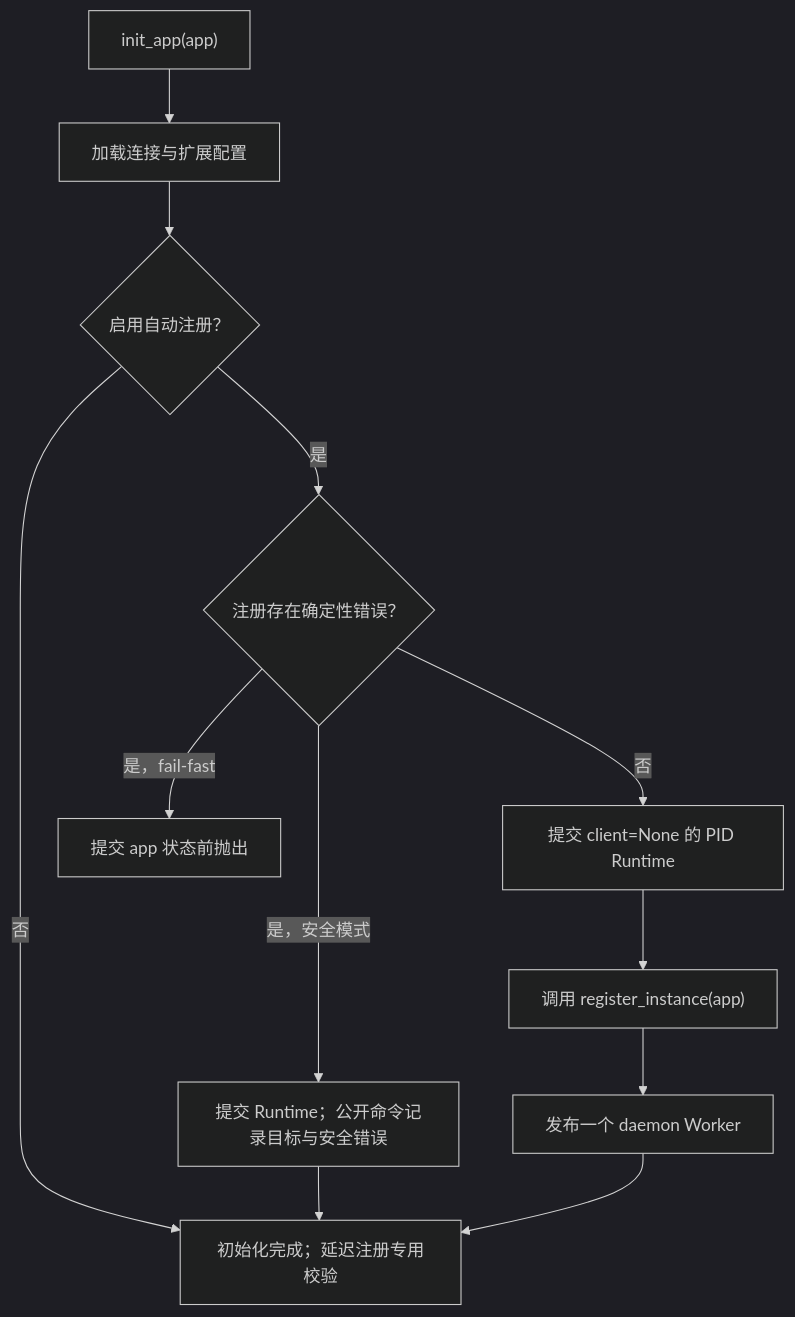
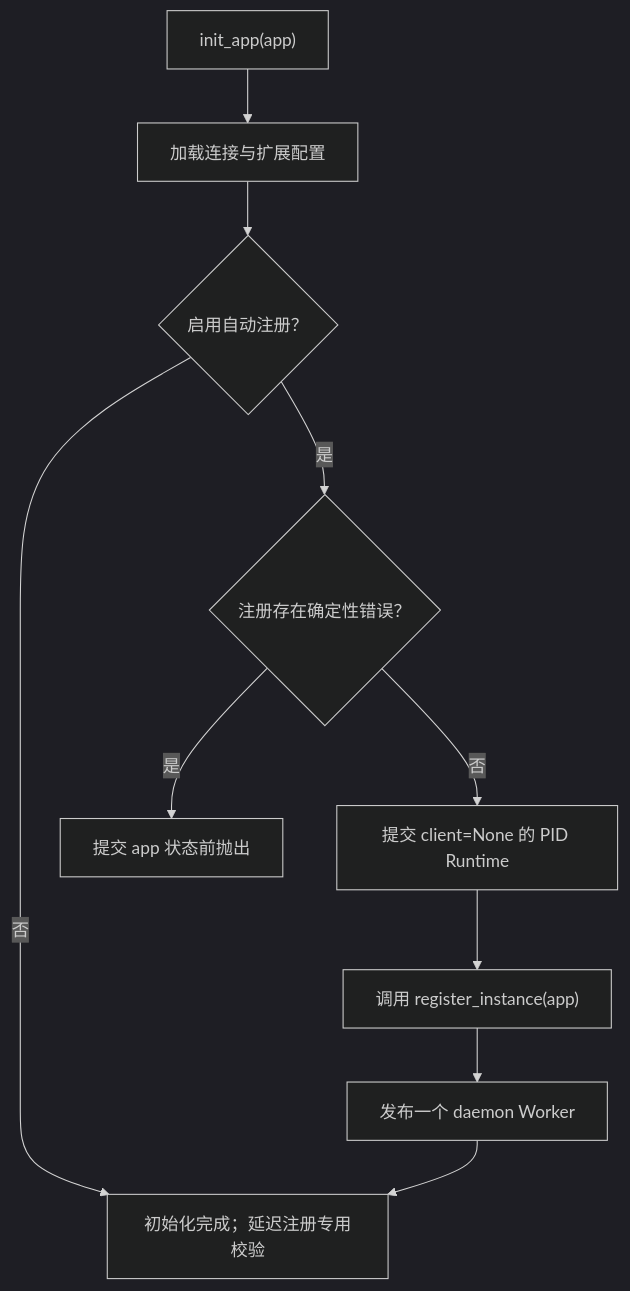
One commit to pumpkin-nbc/Flask-Nacos changed the first of 2 diagrams in docs/service-registration.zh-CN.md. Above: the diagram before and after it, drawn with Mermaid (dark theme). The commit also changed other lines of this file and 57 other files, not shown here.

````diff
--- a/docs/service-registration.zh-CN.md
+++ b/docs/service-registration.zh-CN.md
@@ -55,14 +54,12 @@
 ```mermaid
 flowchart TD
     A["init_app(app)"] --> B["加载连接与扩展配置"]
     B --> G{"启用自动注册？"}
     G -- "否" --> H["初始化完成；延迟注册专用校验"]
     G -- "是" --> C{"注册存在确定性错误？"}
-    C -- "是，fail-fast" --> D["提交 app 状态前抛出"]
-    C -- "是，安全模式" --> E["提交 Runtime；公开命令记录目标与安全错误"]
+    C -- "是" --> D["提交 app 状态前抛出"]
     C -- "否" --> F["提交 client=None 的 PID Runtime"]
-    E --> H
     F --> I["调用 register_instance(app)"]
     I --> J["发布一个 daemon Worker"]
     J --> H
 ```
````
